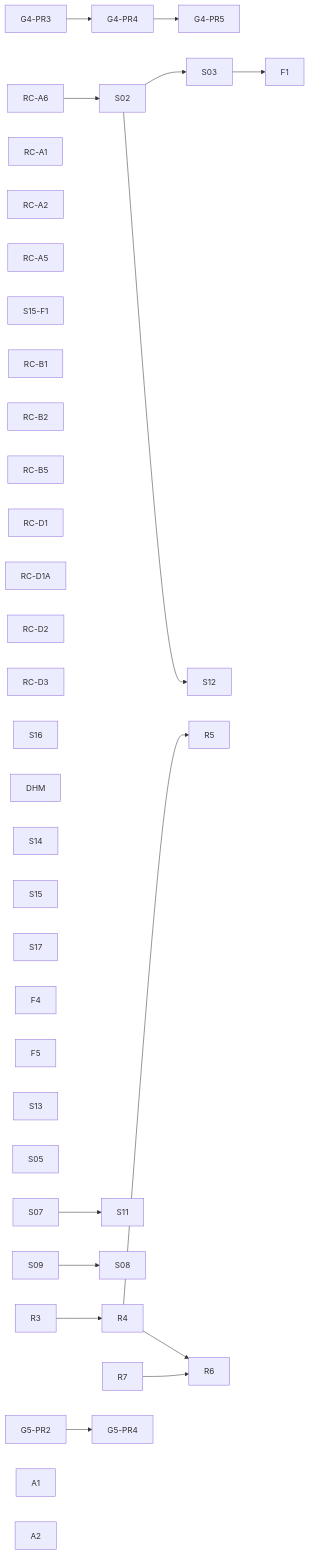
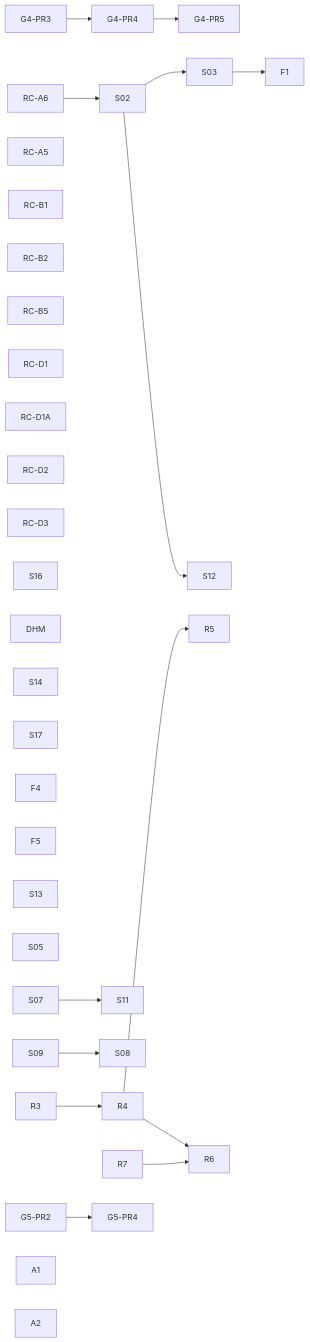
The diagram in docs/planning/state/open-task-route.md (dunay2/dvt), drawn with Mermaid before and after one commit. The commit also changed other lines of this file and 22 other files, not shown here.

````diff
--- a/docs/planning/state/open-task-route.md
+++ b/docs/planning/state/open-task-route.md
@@ -80,40 +80,36 @@
 ```mermaid
 flowchart LR
   G43[G4-PR3] --> G44[G4-PR4] --> G45[G4-PR5]
 
   RC_A6[RC-A6] --> S02[S02] --> S03[S03] --> F1[F1]
-  RC_A1[RC-A1]
-  RC_A2[RC-A2]
   RC_A5[RC-A5]
-  S15F1[S15-F1]
   RC_B1[RC-B1]
   RC_B2[RC-B2]
   RC_B5[RC-B5]
   RC_D1[RC-D1]
   RC_D1A[RC-D1A]
   RC_D2[RC-D2]
   RC_D3[RC-D3]
   S16[S16]
   DHM[DHM]
 
   S02 --> S12[S12]
   S14[S14]
-  S15[S15]
   S17[S17]
   F4[F4]
   F5[F5]
   S13[S13]
   S05[S05]
 
   S07[S07] --> S11[S11]
   S09[S09] --> S08[S08]
 
   R3[R3] --> R4[R4] --> R5[R5]
   R4 --> R6[R6]
   R7[R7] --> R6
 
   G52[G5-PR2] --> G54[G5-PR4]
   A1[A1]
   A2[A2]
   DHM
 ```
````
